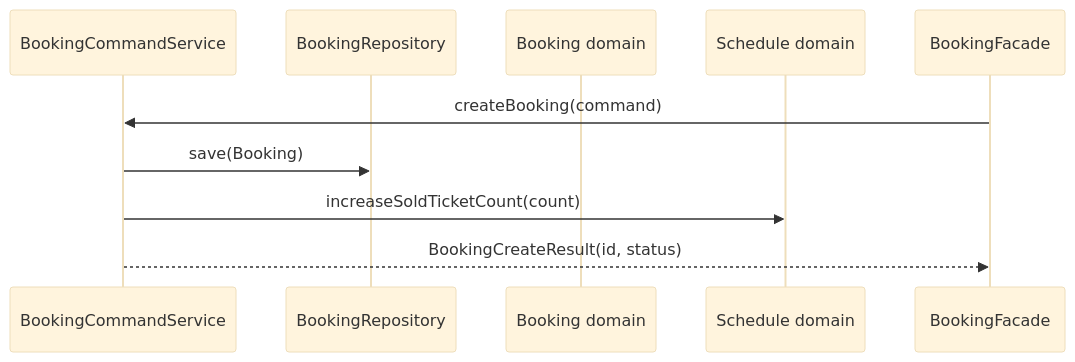
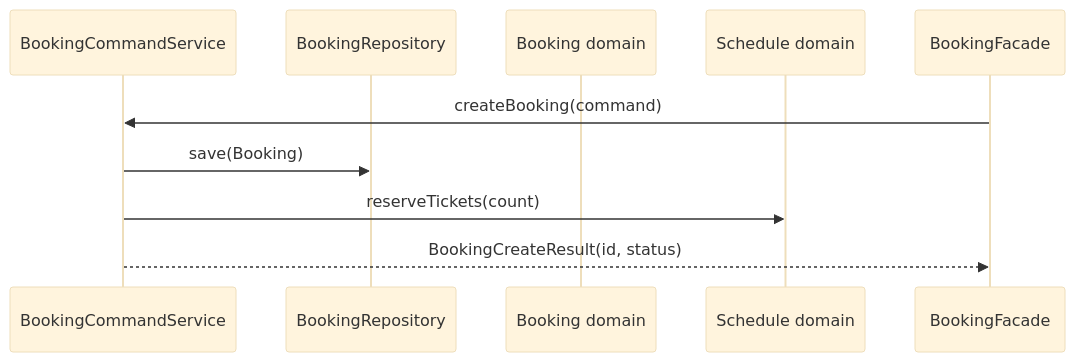
The seventh of 8 diagrams in domain/README.md (TEAM-BEAT/BEAT-SERVER), drawn with Mermaid (base theme) before and after one commit. The commit also changed other lines of this file and 210 other files, not shown here.

````diff
--- a/domain/README.md
+++ b/domain/README.md
@@ -564,13 +638,13 @@
 ```mermaid
 sequenceDiagram
     participant A as BookingCommandService
     participant R as BookingRepository
     participant B as Booking domain
     participant S as Schedule domain
     participant F as BookingFacade
 
     F->>A: createBooking(command)
     A->>R: save(Booking)
-    A->>S: increaseSoldTicketCount(count)
+    A->>S: reserveTickets(count)
     A-->>F: BookingCreateResult(id, status)
 ```
````
